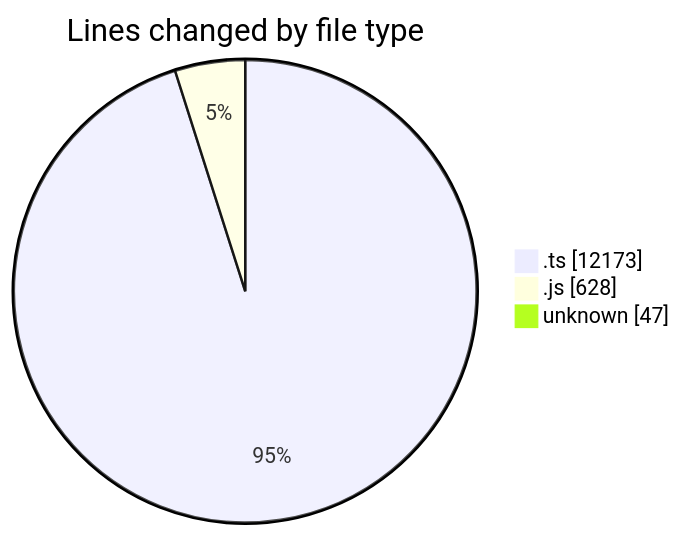
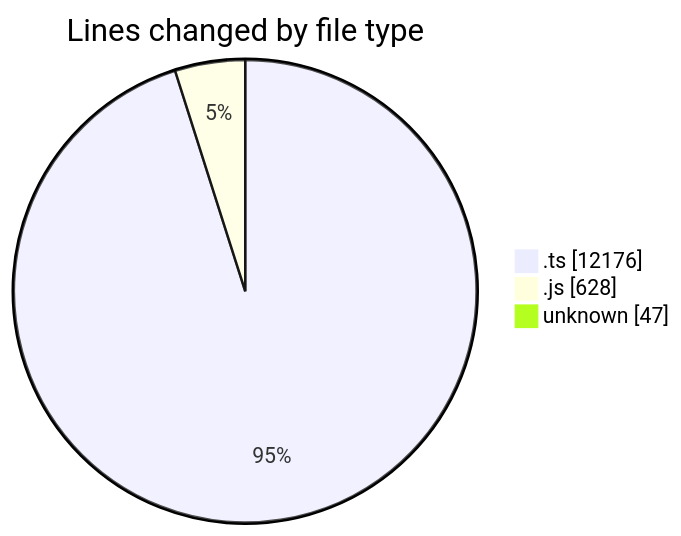
Before and after one commit to momahboobian/code-tracking: the first of 2 diagrams in 2025-09-05/cda/README.md, drawn with Mermaid. The commit also changed other lines of this file and 1 other file, not shown here.

````diff
--- a/2025-09-05/cda/README.md
+++ b/2025-09-05/cda/README.md
@@ -25,7 +25,7 @@
 ```mermaid
 pie showData
 title Lines changed by file type
-".ts" : 12173
+".ts" : 12176
 ".js" : 628
 "unknown" : 47
 ```
````
